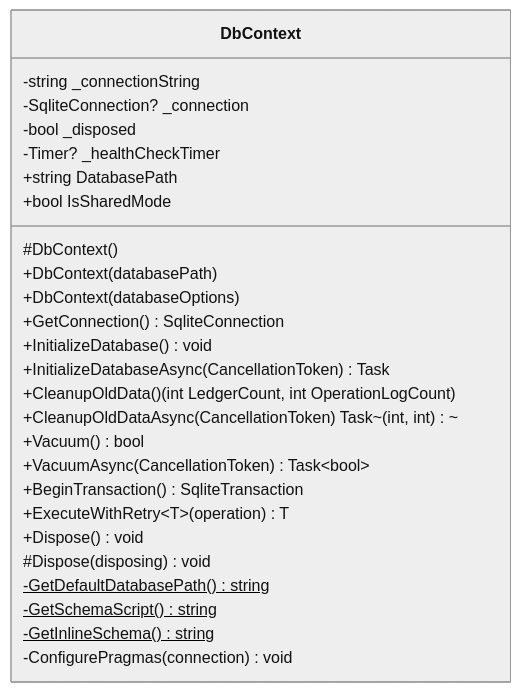
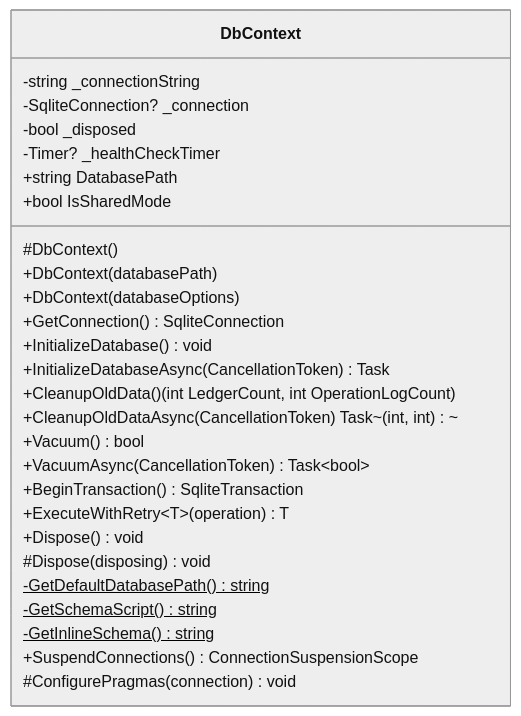
Before and after one commit to kuwayamamasayuki/ICCardManager: the eighth of 51 diagrams in ICCardManager/docs/design/05_クラス設計書.md, drawn with Mermaid (neutral theme). The commit also changed other lines of this file and 14 other files, not shown here.

````diff
--- a/ICCardManager/docs/design/05_クラス設計書.md
+++ b/ICCardManager/docs/design/05_クラス設計書.md
@@ -657,29 +657,30 @@
 ```mermaid
 classDiagram
     class DbContext {
         -string _connectionString
         -SqliteConnection? _connection
         -bool _disposed
         -Timer? _healthCheckTimer
         +string DatabasePath
         +bool IsSharedMode
         #DbContext()
         +DbContext(databasePath)
         +DbContext(databaseOptions)
         +GetConnection() SqliteConnection
         +InitializeDatabase() void
         +InitializeDatabaseAsync(CancellationToken) Task
         +CleanupOldData() (int LedgerCount, int OperationLogCount)
         +CleanupOldDataAsync(CancellationToken) Task~(int, int)~
         +Vacuum() bool
         +VacuumAsync(CancellationToken) Task~bool~
         +BeginTransaction() SqliteTransaction
         +ExecuteWithRetry~T~(operation) T
         +Dispose() void
         #Dispose(disposing) void
         -GetDefaultDatabasePath()$ string
         -GetSchemaScript()$ string
         -GetInlineSchema()$ string
-        -ConfigurePragmas(connection) void
+        +SuspendConnections() ConnectionSuspensionScope
+        #ConfigurePragmas(connection) void
     }
 ```
````
